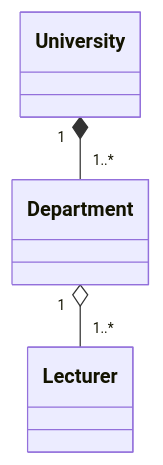
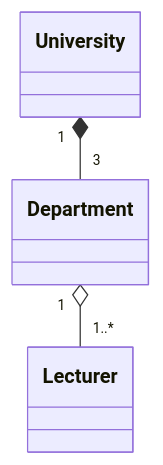
One commit to AntonHallgren/OOP2_exercises changed the diagram in src/main/resources/university_departments.md. Above: the diagram before and after it, drawn with Mermaid. The commit also changed other lines of this file, not shown here.

Commit message:
Seems like the University has specifically three departments. Changed my class diagram to match.

````diff
--- a/src/main/resources/university_departments.md
+++ b/src/main/resources/university_departments.md
@@ -11,11 +11,11 @@
 ```mermaid
 classDiagram
     class University
     
     class Department
     
     class Lecturer
 
-University "1" *--  "1..*" Department
+University "1" *--  "3" Department
 Department "1" o-- "1..*" Lecturer
 ```
````
